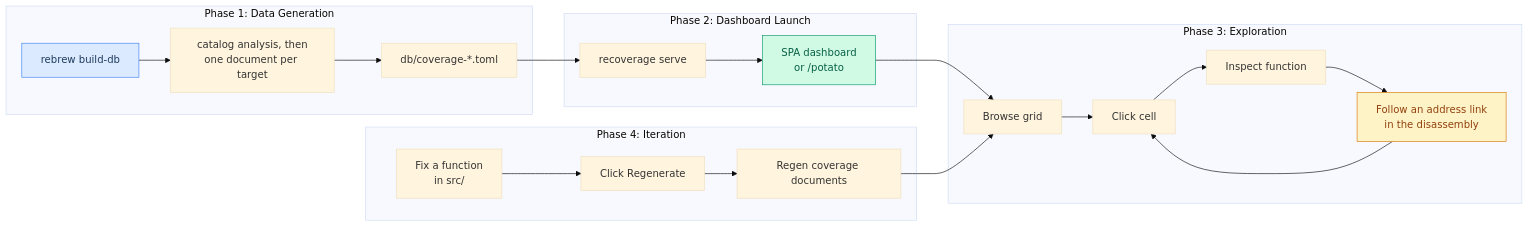
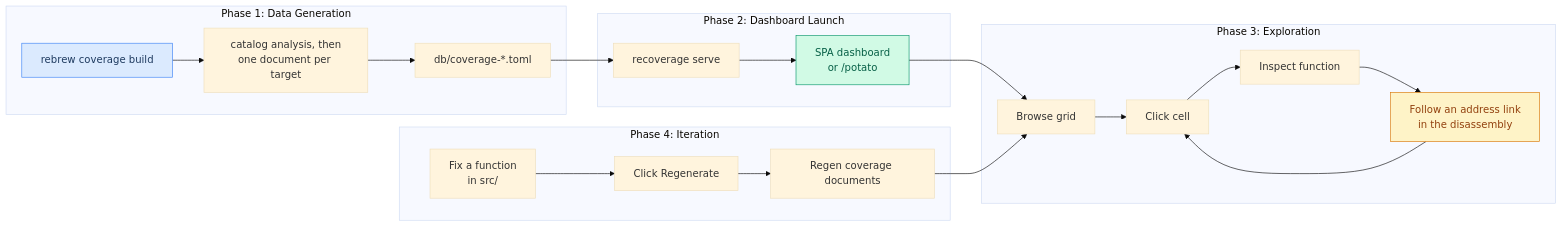
One commit to maci0/recoverage changed diagram 18 of 18 in docs/USER_STORIES.md. Above: the diagram before and after it, drawn with Mermaid (base theme). The commit also changed other lines of this file and 28 other files, not shown here.

First line of the commit message:
build: pin rebrew 2.23.0 and name its coverage commands

````diff
--- a/docs/USER_STORIES.md
+++ b/docs/USER_STORIES.md
@@ -578,30 +578,30 @@
 ```mermaid
 graph LR
     subgraph "Phase 1: Data Generation"
-        A["rebrew build-db"] --> B["catalog analysis, then<br/>one document per target"]
+        A["rebrew coverage build"] --> B["catalog analysis, then<br/>one document per target"]
         B --> C["db/coverage-*.toml"]
     end
 
     subgraph "Phase 2: Dashboard Launch"
         C --> E["recoverage serve"]
         E --> F["SPA dashboard<br/>or /potato"]
     end
 
     subgraph "Phase 3: Exploration"
         F --> G["Browse grid"]
         G --> H["Click cell"]
         H --> I["Inspect function"]
         I --> J["Follow an address link<br/>in the disassembly"]
         J --> H
     end
 
     subgraph "Phase 4: Iteration"
         K["Fix a function<br/>in src/"] --> L["Click Regenerate"]
         L --> M["Regen coverage documents"]
         M --> G
     end
 
     style A fill:#dbeafe,stroke:#3b82f6,color:#1e3a5f
     style F fill:#d1fae5,stroke:#059669,color:#065f46
     style J fill:#fef3c7,stroke:#d97706,color:#92400e
 ```
````
